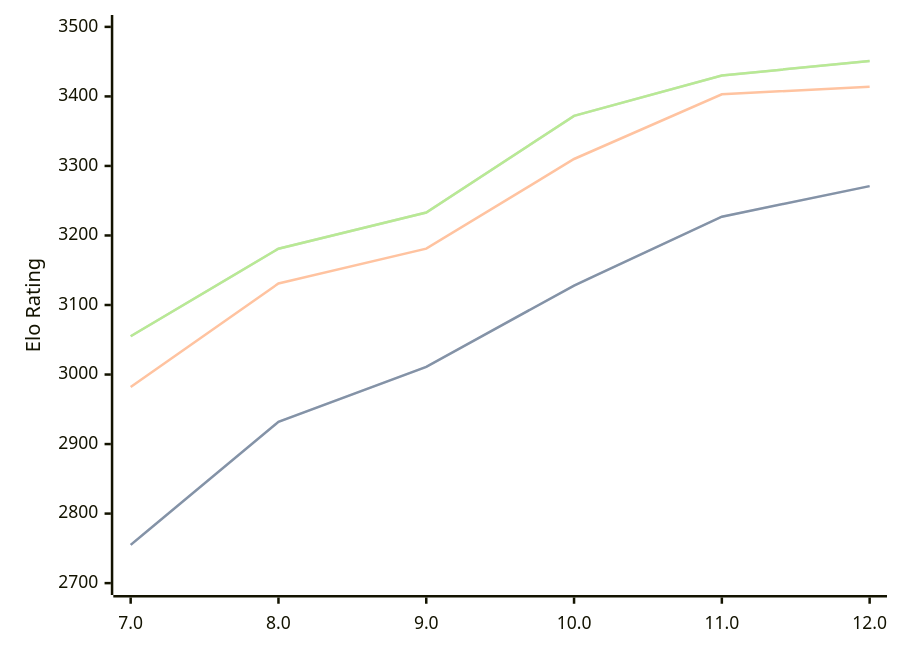
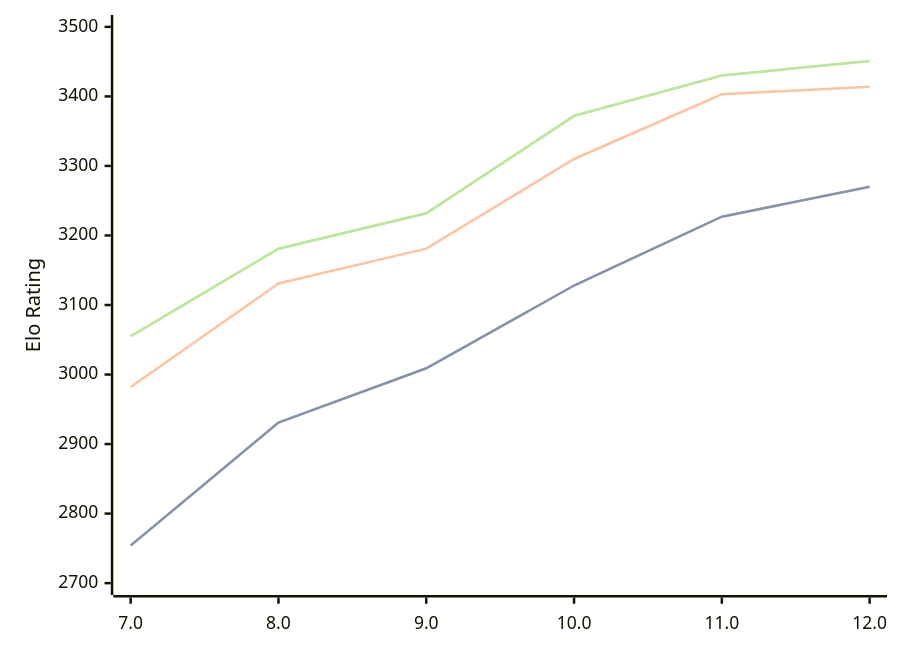
The third of 3 diagrams in engines/Tcheran.md (computer-chess-index/cci), drawn with Mermaid before and after one commit. The commit also changed other lines of this file, not shown here.

Commit message:
Update CCI Ratings (ELO VLTC) - 2026-06-26

````diff
--- a/engines/Tcheran.md
+++ b/engines/Tcheran.md
@@ -83,11 +83,11 @@
 ```mermaid
 %%{init: {"theme":"base","themeVariables":{"seriesColors:['#a3a3a3','#222221','#faa371']}}}%%
 xychart-beta
   x-axis ["7.0", "8.0", "9.0", "10.0", "11.0", "12.0"]
   y-axis "Elo Rating" 2700 --> 3500
-  line "STC (8.0+0.08s)" [2755, 2932, 3011, 3128, 3227, 3271]
-  line "STC (8.0+0.08s)" [2755, 2932, 3011, 3128, 3227, 3271]
+  line "STC (8.0+0.08s)" [2754, 2931, 3009, 3128, 3227, 3270]
+  line "STC (8.0+0.08s)" [2754, 2931, 3009, 3128, 3227, 3270]
   line "LTC (60.0+0.60s)" [2982, 3131, 3181, 3310, 3403, 3414]
-  line "VLTC (2m24s+1.12s)" [3055, 3181, 3233, 3372, 3430, 3451]
-  line "VLTC (2m24s+1.12s)" [3055, 3181, 3233, 3372, 3430, 3451]
+  line "VLTC (2m24s+1.12s)" [3055, 3181, 3232, 3372, 3430, 3451]
+  line "VLTC (2m24s+1.12s)" [3055, 3181, 3232, 3372, 3430, 3451]
 ```
````
